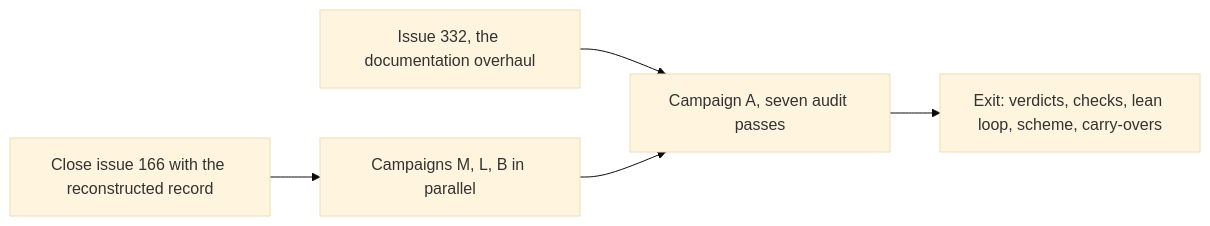
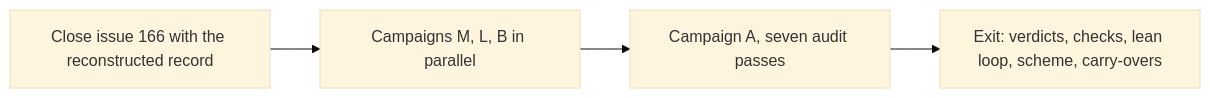
Before and after one commit to Jracon/genixis: the diagram in tracking-issue-draft.md, drawn with Mermaid (base theme). The commit also changed other lines of this file, not shown here.

````diff
--- a/tracking-issue-draft.md
+++ b/tracking-issue-draft.md
@@ -37,7 +39,6 @@
 ```mermaid
 flowchart LR
     F["Close issue 166 with the reconstructed record"] --> P["Campaigns M, L, B in parallel"]
-    D["Issue 332, the documentation overhaul"] --> A["Campaign A, seven audit passes"]
-    P --> A
+    P --> A["Campaign A, seven audit passes"]
     A --> X["Exit: verdicts, checks, lean loop, scheme, carry-overs"]
 ```
````
